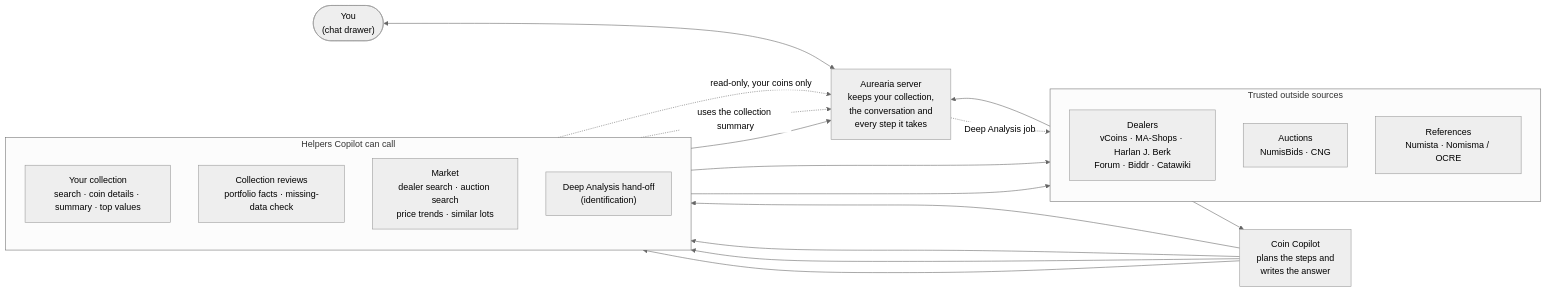
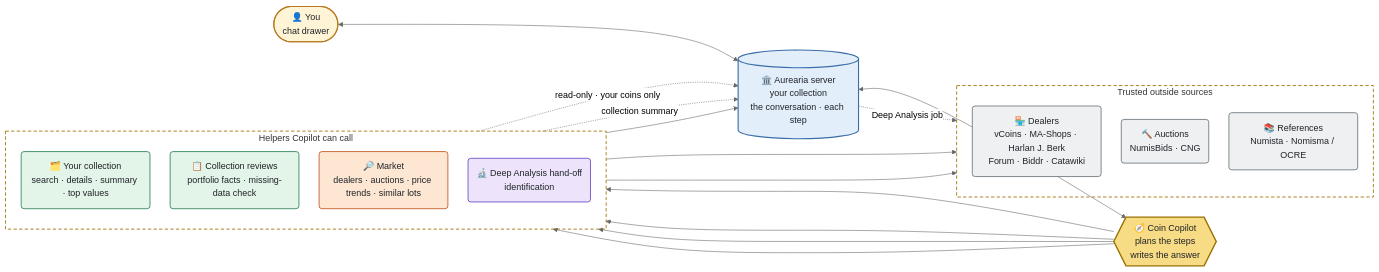
One commit to briandenicola/Aurearia changed the first of 5 diagrams in docs/features/how-coin-copilot-works.md. Above: the diagram before and after it, drawn with Mermaid (neutral theme). The commit also changed other lines of this file, not shown here.

First line of the commit message:
docs: restyle Copilot guide diagrams for GitHub light and dark themes

````diff
--- a/docs/features/how-coin-copilot-works.md
+++ b/docs/features/how-coin-copilot-works.md
@@ -39,30 +39,42 @@
 ```mermaid
+%%{init: {"flowchart": {"curve": "basis", "nodeSpacing": 36, "rankSpacing": 48}}}%%
 flowchart LR
-    You(["You<br/>(chat drawer)"])
-    App["Aurearia server<br/>keeps your collection,<br/>the conversation and<br/>every step it takes"]
-    Copilot["Coin Copilot<br/>plans the steps and<br/>writes the answer"]
+    You(["👤 You<br/>chat drawer"]):::person
+    App[("🏛️ Aurearia server<br/>your collection<br/>the conversation · each step")]:::server
+    Copilot{{"🧭 Coin Copilot<br/>plans the steps<br/>writes the answer"}}:::copilot
 
     subgraph Helpers["Helpers Copilot can call"]
         direction TB
-        H1["Your collection<br/>search · coin details · summary · top values"]
-        H2["Collection reviews<br/>portfolio facts · missing-data check"]
-        H3["Market<br/>dealer search · auction search<br/>price trends · similar lots"]
-        H4["Deep Analysis hand-off<br/>(identification)"]
+        H1("🗂️ Your collection<br/>search · details · summary · top values"):::collection
+        H2("📋 Collection reviews<br/>portfolio facts · missing-data check"):::collection
+        H3("🔎 Market<br/>dealers · auctions · price trends · similar lots"):::market
+        H4("🔬 Deep Analysis hand-off<br/>identification"):::identify
     end
 
     subgraph Outside["Trusted outside sources"]
         direction TB
-        D["Dealers<br/>vCoins · MA-Shops · Harlan J. Berk<br/>Forum · Biddr · Catawiki"]
-        A["Auctions<br/>NumisBids · CNG"]
-        R["References<br/>Numista · Nomisma / OCRE"]
+        D("🏪 Dealers<br/>vCoins · MA-Shops · Harlan J. Berk<br/>Forum · Biddr · Catawiki"):::outside
+        A("🔨 Auctions<br/>NumisBids · CNG"):::outside
+        R("📚 References<br/>Numista · Nomisma / OCRE"):::outside
     end
 
     You <--> App
     App <--> Copilot
     Copilot --> H1 & H2 & H3 & H4
-    H1 -. "read-only, your coins only" .-> App
-    H2 -. "uses the collection summary" .-> App
+    H1 -. "read-only · your coins only" .-> App
+    H2 -. "collection summary" .-> App
     H3 --> D & A
     H4 --> App
     App -. "Deep Analysis job" .-> R
+
+    classDef person fill:#fff4d6,stroke:#b7791f,stroke-width:2px,color:#1f2328
+    classDef server fill:#e3eefb,stroke:#3b6ea8,stroke-width:2px,color:#1f2328
+    classDef copilot fill:#f7dc85,stroke:#9a7200,stroke-width:2.5px,color:#1f2328
+    classDef collection fill:#e3f4e8,stroke:#2f855a,stroke-width:1.5px,color:#1f2328
+    classDef market fill:#fde7d3,stroke:#c05621,stroke-width:1.5px,color:#1f2328
+    classDef identify fill:#ede4fb,stroke:#6b46c1,stroke-width:1.5px,color:#1f2328
+    classDef outside fill:#eef0f2,stroke:#6c757d,stroke-width:1.5px,color:#1f2328
+    classDef decision fill:#fff4d6,stroke:#b7791f,stroke-width:2px,color:#1f2328
+    style Helpers fill:none,stroke:#9a7200,stroke-width:1.5px,stroke-dasharray:6 4
+    style Outside fill:none,stroke:#9a7200,stroke-width:1.5px,stroke-dasharray:6 4
 ```
````
